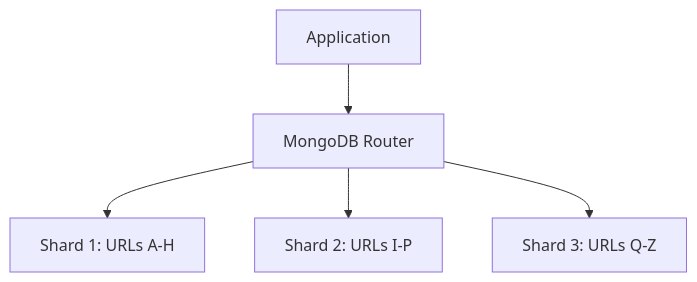
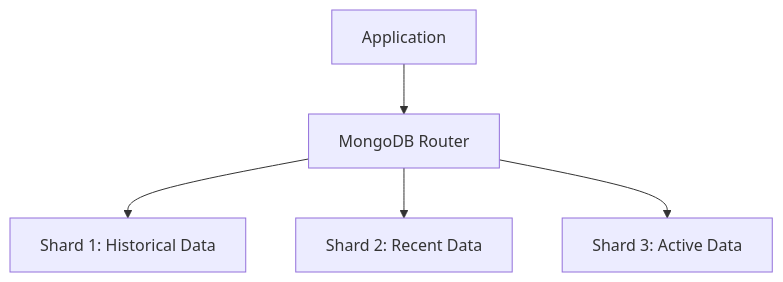
One commit to manthanank/url-shortener-app changed the seventh of 10 diagrams in SYSTEM_DESIGN.md. Above: the diagram before and after it, drawn with Mermaid. The commit also changed other lines of this file and 38 other files, not shown here.

````diff
--- a/SYSTEM_DESIGN.md
+++ b/SYSTEM_DESIGN.md
@@ -649,7 +1260,7 @@
 ```mermaid
 graph TB
-    A[Application] --> B[MongoDB Router]
-    B --> C[Shard 1: URLs A-H]
-    B --> D[Shard 2: URLs I-P]
-    B --> E[Shard 3: URLs Q-Z]
+  A[Application] --> B[MongoDB Router]
+  B --> C[Shard 1: Historical Data]
+  B --> D[Shard 2: Recent Data]
+  B --> E[Shard 3: Active Data]
 ```
````
